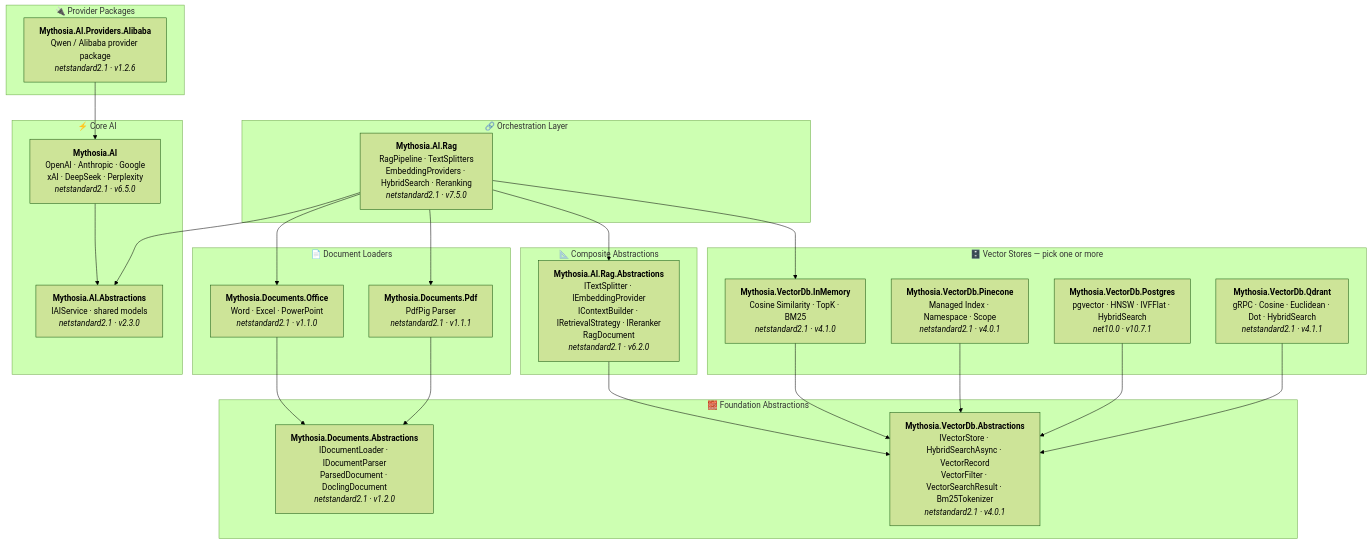
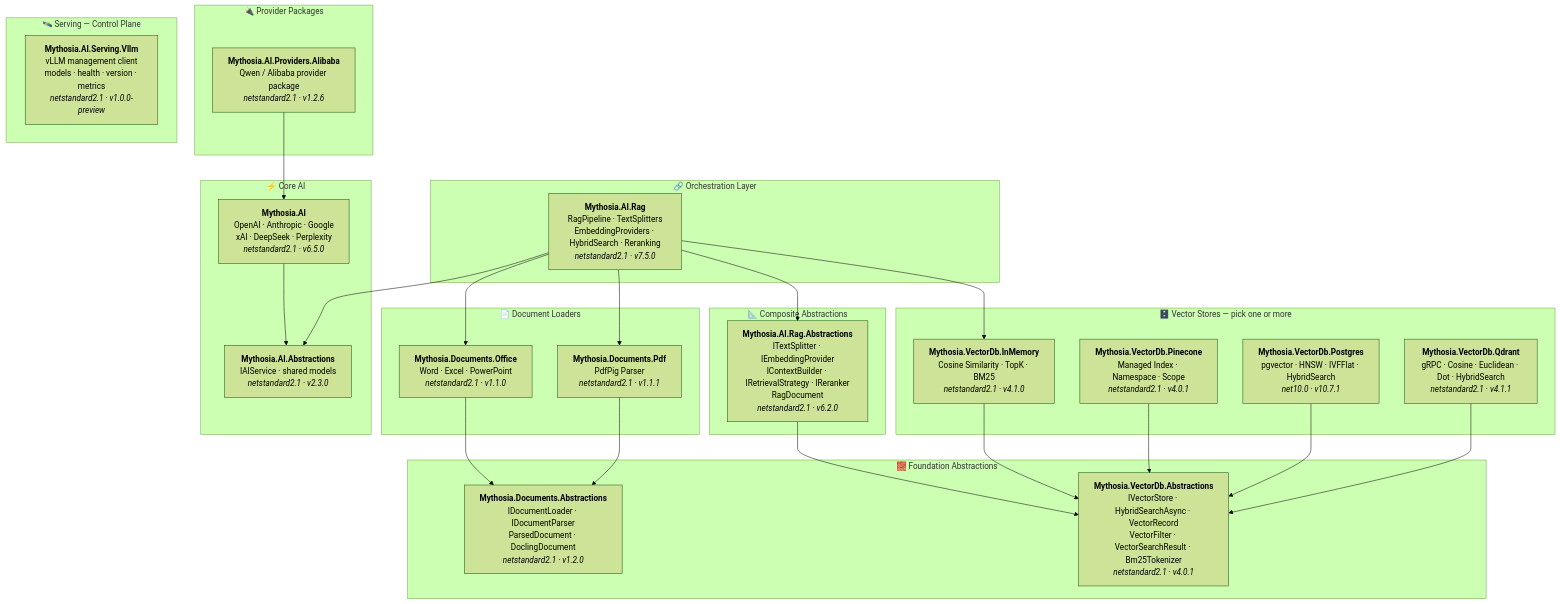
One commit to AJ-comp/Mythosia.AI changed the diagram in README.md. Above: the diagram before and after it, drawn with Mermaid (forest theme). The commit also changed other lines of this file and 28 other files, not shown here.

````diff
--- a/README.md
+++ b/README.md
@@ -47,62 +47,66 @@
 ```mermaid
 graph TD
     subgraph "🔗 Orchestration Layer"
         Rag["<b>Mythosia.AI.Rag</b><br/>RagPipeline · TextSplitters<br/>EmbeddingProviders · HybridSearch · Reranking<br/><i>netstandard2.1 · v7.5.0</i>"]
     end
 
     subgraph "⚡ Core AI"
         AI["<b>Mythosia.AI</b><br/>OpenAI · Anthropic · Google<br/>xAI · DeepSeek · Perplexity<br/><i>netstandard2.1 · v6.5.0</i>"]
         AIAbs["<b>Mythosia.AI.Abstractions</b><br/>IAIService · shared models<br/><i>netstandard2.1 · v2.3.0</i>"]
     end
 
     subgraph "🔌 Provider Packages"
         Alibaba["<b>Mythosia.AI.Providers.Alibaba</b><br/>Qwen / Alibaba provider package<br/><i>netstandard2.1 · v1.2.6</i>"]
+    end
+
+    subgraph "🛰️ Serving — Control Plane"
+        VllmServing["<b>Mythosia.AI.Serving.Vllm</b><br/>vLLM management client<br/>models · health · version · metrics<br/><i>netstandard2.1 · v1.0.0-preview</i>"]
     end
 
     subgraph "📄 Document Loaders"
         Office["<b>Mythosia.Documents.Office</b><br/>Word · Excel · PowerPoint<br/><i>netstandard2.1 · v1.1.0</i>"]
         Pdf["<b>Mythosia.Documents.Pdf</b><br/>PdfPig Parser<br/><i>netstandard2.1 · v1.1.1</i>"]
     end
 
     subgraph "📐 Composite Abstractions"
         RagAbs["<b>Mythosia.AI.Rag.Abstractions</b><br/>ITextSplitter · IEmbeddingProvider<br/>IContextBuilder · IRetrievalStrategy · IReranker<br/>RagDocument<br/><i>netstandard2.1 · v6.2.0</i>"]
     end
 
     subgraph "🗄️ Vector Stores — pick one or more"
         InMem["<b>Mythosia.VectorDb.InMemory</b><br/>Cosine Similarity · TopK · BM25<br/><i>netstandard2.1 · v4.1.0</i>"]
         Pine["<b>Mythosia.VectorDb.Pinecone</b><br/>Managed Index · Namespace · Scope<br/><i>netstandard2.1 · v4.0.1</i>"]
         Pg["<b>Mythosia.VectorDb.Postgres</b><br/>pgvector · HNSW · IVFFlat · HybridSearch<br/><i>net10.0 · v10.7.1</i>"]
         Qd["<b>Mythosia.VectorDb.Qdrant</b><br/>gRPC · Cosine · Euclidean · Dot · HybridSearch<br/><i>netstandard2.1 · v4.1.1</i>"]
     end
 
     subgraph "🧱 Foundation Abstractions"
         LoaderAbs["<b>Mythosia.Documents.Abstractions</b><br/>IDocumentLoader · IDocumentParser<br/>ParsedDocument · DoclingDocument<br/><i>netstandard2.1 · v1.2.0</i>"]
         VdbAbs["<b>Mythosia.VectorDb.Abstractions</b><br/>IVectorStore · HybridSearchAsync · VectorRecord<br/>VectorFilter · VectorSearchResult · Bm25Tokenizer<br/><i>netstandard2.1 · v4.0.1</i>"]
     end
 
     %% Core AI internal
     AI --> AIAbs
 
     %% Orchestration → dependencies
     Rag --> AIAbs
     Rag --> Office
     Rag --> Pdf
     Rag --> RagAbs
     Rag --> InMem
 
     %% Provider packages → core
     Alibaba --> AI
 
     %% Composite → Foundation
     RagAbs --> VdbAbs
 
     %% Loaders → Foundation
     Office --> LoaderAbs
     Pdf --> LoaderAbs
 
     %% VectorStores → Foundation
     InMem --> VdbAbs
     Pine --> VdbAbs
     Pg --> VdbAbs
     Qd --> VdbAbs
 ```
````
